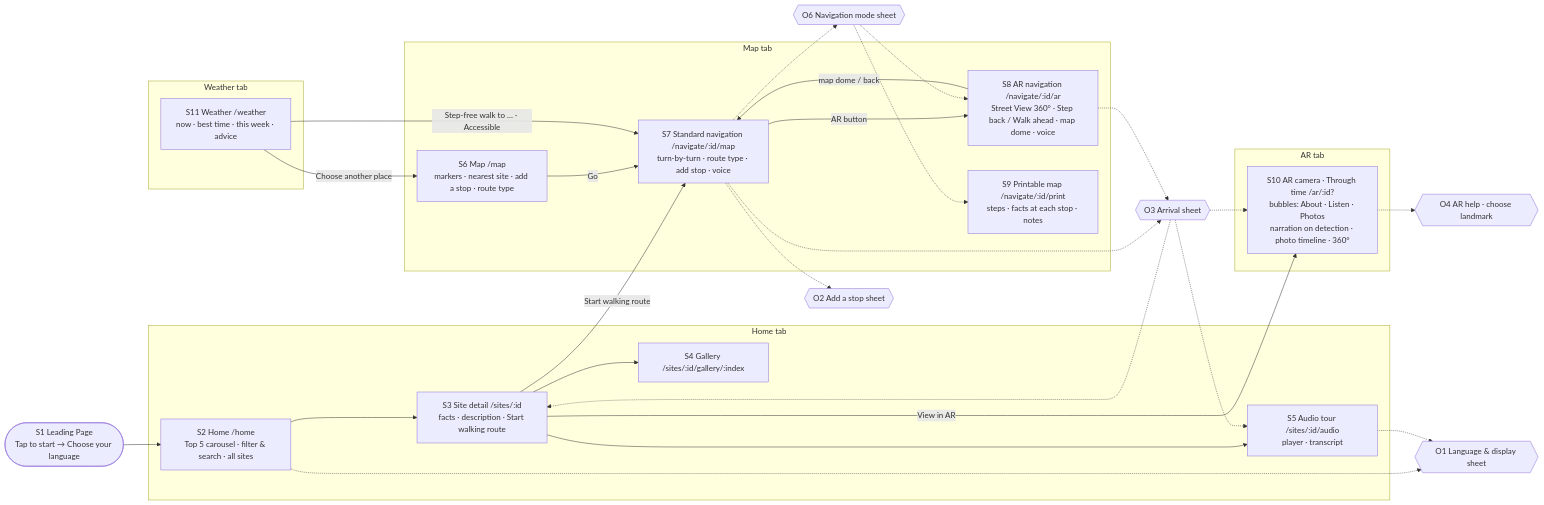
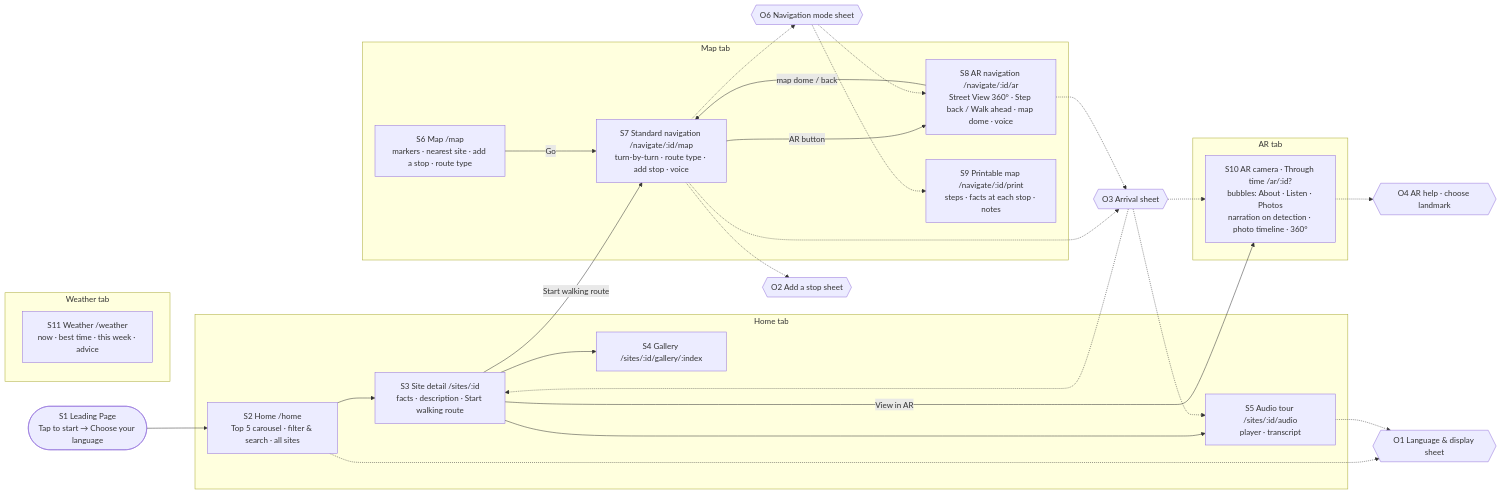
One commit to Podi-Skying/KIT519-Hobart-Historic changed the diagram in docs/a3/site-map.md. Above: the diagram before and after it, drawn with Mermaid. The commit also changed other lines of this file and 21 other files, not shown here.

````diff
--- a/docs/a3/site-map.md
+++ b/docs/a3/site-map.md
@@ -22,55 +22,53 @@
 ```mermaid
 flowchart LR
   SPLASH([S1 Leading Page<br/>Tap to start → Choose your language]) --> HOME
 
   subgraph TAB_HOME [Home tab]
     HOME[S2 Home /home<br/>Top 5 carousel · filter & search · all sites]
     SITE[S3 Site detail /sites/:id<br/>facts · description · Start walking route]
     GALLERY[S4 Gallery /sites/:id/gallery/:index]
     AUDIO[S5 Audio tour /sites/:id/audio<br/>player · transcript]
     HOME --> SITE --> GALLERY
     SITE --> AUDIO
   end
 
   subgraph TAB_MAP [Map tab]
     MAP[S6 Map /map<br/>markers · nearest site · add a stop · route type]
     NAVMAP[S7 Standard navigation /navigate/:id/map<br/>turn-by-turn · route type · add stop · voice]
     NAVAR[S8 AR navigation /navigate/:id/ar<br/>Street View 360° · Step back / Walk ahead · map dome · voice]
     PRINT[S9 Printable map /navigate/:id/print<br/>steps · facts at each stop · notes]
     MAP -- Go --> NAVMAP
     NAVMAP -- AR button --> NAVAR
     NAVAR -- map dome / back --> NAVMAP
   end
 
   subgraph TAB_AR [AR tab]
     ARCAM[S10 AR camera · Through time /ar/:id?<br/>bubbles: About · Listen · Photos<br/>narration on detection · photo timeline · 360°]
   end
 
   subgraph TAB_WEATHER [Weather tab]
     WEATHER[S11 Weather /weather<br/>now · best time · this week · advice]
   end
 
   SITE -- Start walking route --> NAVMAP
   SITE -- View in AR --> ARCAM
-  WEATHER -->|"Step-free walk to … · Accessible"| NAVMAP
-  WEATHER -- Choose another place --> MAP
 
   %% overlays (bottom sheets)
   LANG{{O1 Language & display sheet}}
   STOPS{{O2 Add a stop sheet}}
   ARRIVE{{O3 Arrival sheet}}
   ARHELP{{O4 AR help · choose landmark}}
   MODES{{O6 Navigation mode sheet}}
   HOME -.-> LANG
   AUDIO -.-> LANG
   NAVMAP -.-> STOPS
   NAVMAP -.-> MODES
   MODES -.-> NAVAR
   MODES -.-> PRINT
   NAVMAP -.-> ARRIVE
   NAVAR -.-> ARRIVE
   ARRIVE -.-> AUDIO
   ARRIVE -.-> ARCAM
   ARRIVE -.-> SITE
   ARCAM -.-> ARHELP
 ```
````
